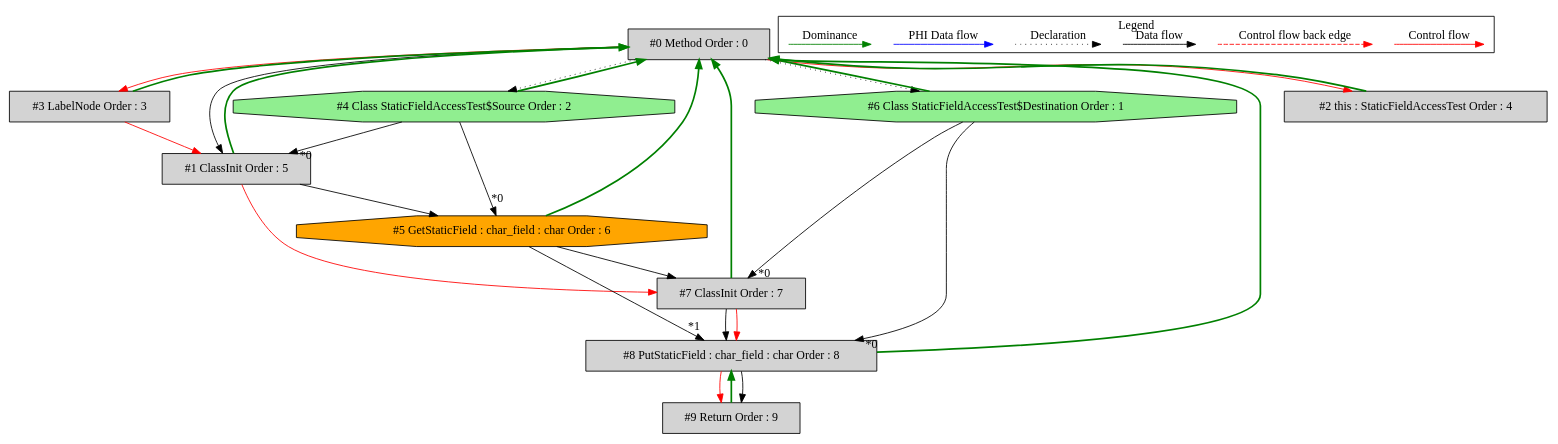
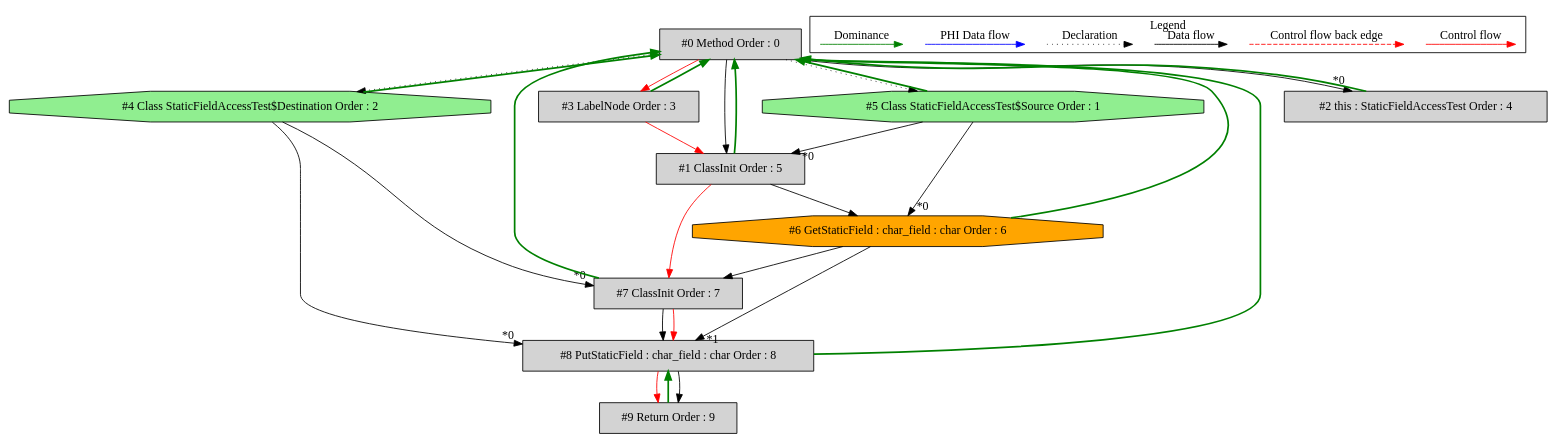
Before and after one commit to mirkosertic/MetaIR: the diagram in de.mirkosertic.metair.ir.examples.StaticFieldAccessTest/copy_char/ir_dominatortree.dot, drawn with Graphviz. The commit also changed 779 other files, not shown here.

```diff
--- a/de.mirkosertic.metair.ir.examples.StaticFieldAccessTest/copy_char/ir_dominatortree.dot
+++ b/de.mirkosertic.metair.ir.examples.StaticFieldAccessTest/copy_char/ir_dominatortree.dot
@@ -1,65 +1,65 @@
 digraph debugoutput {
  node0[label="#0 Method Order : 0",shape=box, fillcolor=lightgrey, style=filled];
  node1[label="#1 ClassInit Order : 5",shape=box, fillcolor=lightgrey, style=filled];
  node1 -> node0[dir="forward" color="green" penwidth="2"];
- node4 -> node1[headlabel="*0", labeldistance=2];
+ node5 -> node1[headlabel="*0", labeldistance=2];
  node0 -> node1;
  node3 -> node1[labeldistance=2, color=red, fontcolor=red];
  node2[label="#2 this : StaticFieldAccessTest Order : 4",shape=box, fillcolor=lightgrey, style=filled];
  node2 -> node0[dir="forward" color="green" penwidth="2"];
- node0 -> node2[labeldistance=2, color=red, fontcolor=red];
+ node0 -> node2[headlabel="*0", labeldistance=2];
  node3[label="#3 LabelNode Order : 3",shape=box, fillcolor=lightgrey, style=filled];
  node3 -> node0[dir="forward" color="green" penwidth="2"];
  node0 -> node3[labeldistance=2, color=red, fontcolor=red];
- node4[label="#4 Class StaticFieldAccessTest$Source Order : 2",shape=octagon, fillcolor=lightgreen, style=filled];
+ node4[label="#4 Class StaticFieldAccessTest$Destination Order : 2",shape=octagon, fillcolor=lightgreen, style=filled];
  node4 -> node0[dir="forward" color="green" penwidth="2"];
  node0 -> node4[style=dotted];
- node5[label="#5 GetStaticField : char_field : char Order : 6",shape=octagon, fillcolor=orange, style=filled];
+ node5[label="#5 Class StaticFieldAccessTest$Source Order : 1",shape=octagon, fillcolor=lightgreen, style=filled];
  node5 -> node0[dir="forward" color="green" penwidth="2"];
- node4 -> node5[headlabel="*0", labeldistance=2];
- node1 -> node5;
- node6[label="#6 Class StaticFieldAccessTest$Destination Order : 1",shape=octagon, fillcolor=lightgreen, style=filled];
+ node0 -> node5[style=dotted];
+ node6[label="#6 GetStaticField : char_field : char Order : 6",shape=octagon, fillcolor=orange, style=filled];
  node6 -> node0[dir="forward" color="green" penwidth="2"];
- node0 -> node6[style=dotted];
+ node5 -> node6[headlabel="*0", labeldistance=2];
+ node1 -> node6;
  node7[label="#7 ClassInit Order : 7",shape=box, fillcolor=lightgrey, style=filled];
  node7 -> node0[dir="forward" color="green" penwidth="2"];
- node6 -> node7[headlabel="*0", labeldistance=2];
- node5 -> node7;
+ node4 -> node7[headlabel="*0", labeldistance=2];
+ node6 -> node7;
  node1 -> node7[labeldistance=2, color=red, fontcolor=red];
  node8[label="#8 PutStaticField : char_field : char Order : 8",shape=box, fillcolor=lightgrey, style=filled];
  node8 -> node0[dir="forward" color="green" penwidth="2"];
- node6 -> node8[headlabel="*0", labeldistance=2];
- node5 -> node8[headlabel="*1", labeldistance=2];
+ node4 -> node8[headlabel="*0", labeldistance=2];
+ node6 -> node8[headlabel="*1", labeldistance=2];
  node7 -> node8;
  node7 -> node8[labeldistance=2, color=red, fontcolor=red];
  node9[label="#9 Return Order : 9",shape=box, fillcolor=lightgrey, style=filled];
  node9 -> node8[dir="forward" color="green" penwidth="2"];
  node8 -> node9[labeldistance=2, color=red, fontcolor=red];
  node8 -> node9;
  subgraph cluster_000 {
   label = "Legend";
   node [shape=point]
   {
    rank=same;
    c0 [style = invis];
    c1 [style = invis];
    c2 [style = invis];
    c3 [style = invis];
    d0 [style = invis];
    d1 [style = invis];
    d2 [style = invis];
    d3 [style = invis];
    d4 [style = invis];
    d5 [style = invis];
    d6 [style = invis];
    d7 [style = invis];
   }
   c0 -> c1 [label="Control flow", style=solid, color=red]
   c2 -> c3 [label="Control flow back edge", style=dashed, color=red]
   d0 -> d1 [label="Data flow"]
   d2 -> d3 [label="Declaration", style=dotted]
   d4 -> d5 [label="PHI Data flow", color=blue]
   d6 -> d7 [label="Dominance", color=green]
  }
 
 }
```
